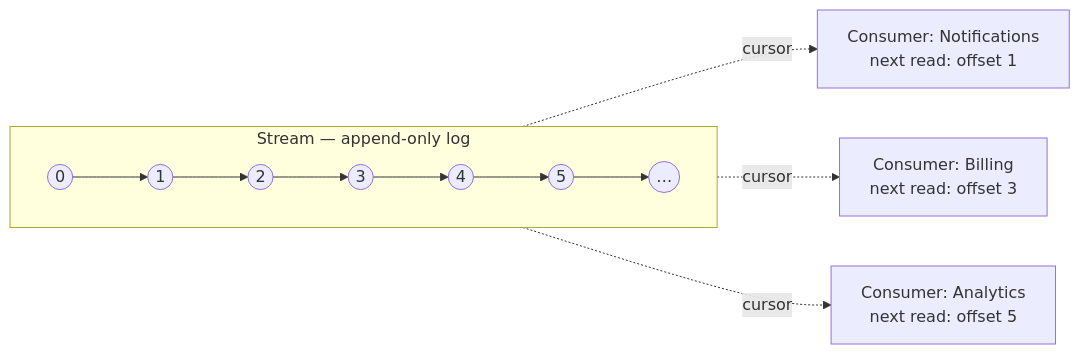
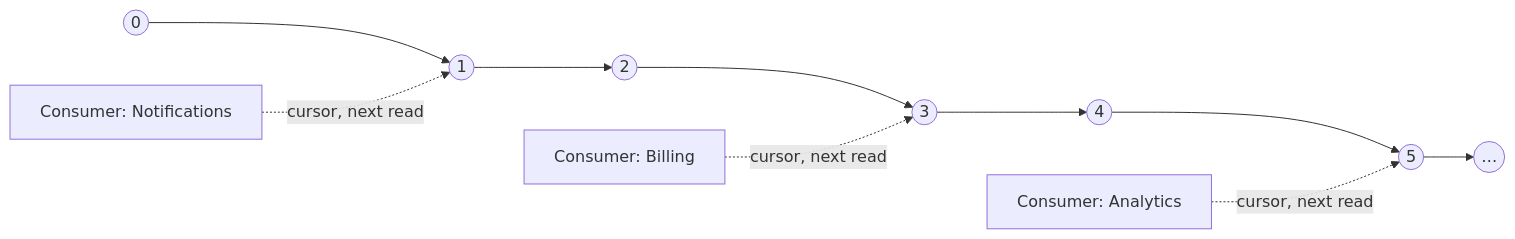
The second of 2 diagrams in docs/DESIGN.md (Clemkd/junction), drawn with Mermaid before and after one commit. The commit also changed other lines of this file, not shown here.

First line of the commit message:
Fix cursor/claim arrows anchoring to the subgraph instead of the node

````diff
--- a/docs/DESIGN.md
+++ b/docs/DESIGN.md
@@ -40,10 +33,7 @@
 ```mermaid
 flowchart LR
-    subgraph S["Stream — append-only log"]
-        direction LR
-        e0(("0")) --> e1(("1")) --> e2(("2")) --> e3(("3")) --> e4(("4")) --> e5(("5")) --> next(("…"))
-    end
-    e0 -.->|cursor| Notifications["Consumer: Notifications<br/>next read: offset 1"]
-    e2 -.->|cursor| Billing["Consumer: Billing<br/>next read: offset 3"]
-    e4 -.->|cursor| Analytics["Consumer: Analytics<br/>next read: offset 5"]
+    e0((0)) --> e1((1)) --> e2((2)) --> e3((3)) --> e4((4)) --> e5((5)) --> next(("…"))
+    Notifications[Consumer: Notifications] -. "cursor, next read" .-> e1
+    Billing[Consumer: Billing] -. "cursor, next read" .-> e3
+    Analytics[Consumer: Analytics] -. "cursor, next read" .-> e5
 ```
````
